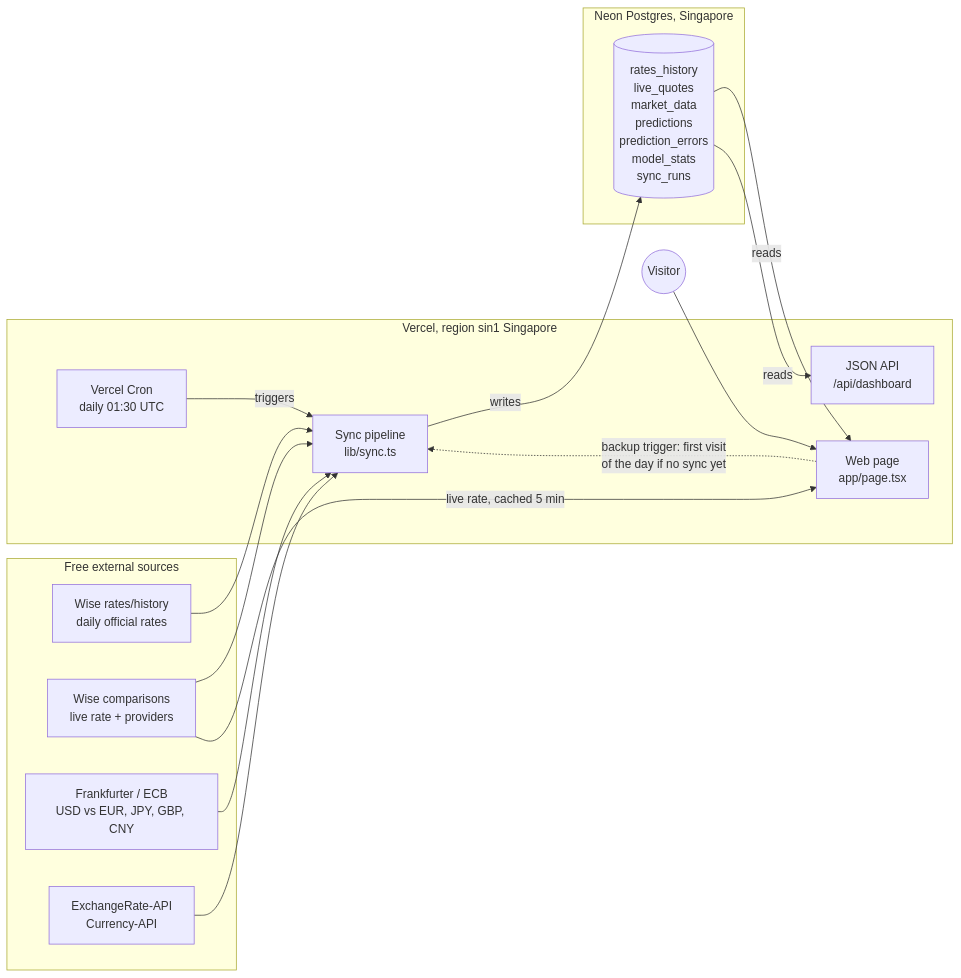
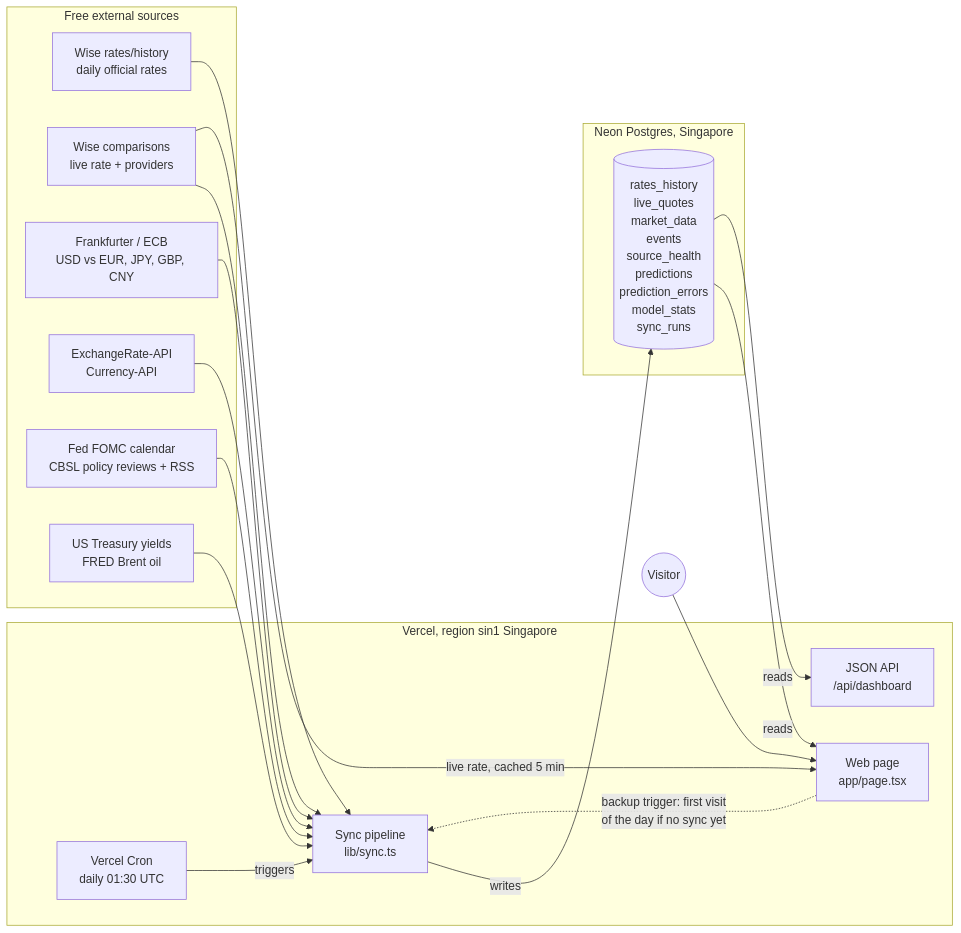
The first of 7 diagrams in README.md (osandadeshan/ratecast), drawn with Mermaid before and after one commit. The commit also changed other lines of this file and 29 other files, not shown here.

First line of the commit message:
Policy events, macro factors and decision outcomes (all automatic)

````diff
--- a/README.md
+++ b/README.md
@@ -53,32 +55,36 @@
 ```mermaid
 flowchart LR
     subgraph Sources["Free external sources"]
         W1["Wise rates/history<br/>daily official rates"]
         W2["Wise comparisons<br/>live rate + providers"]
         F["Frankfurter / ECB<br/>USD vs EUR, JPY, GBP, CNY"]
         X["ExchangeRate-API<br/>Currency-API"]
+        EV["Fed FOMC calendar<br/>CBSL policy reviews + RSS"]
+        MF["US Treasury yields<br/>FRED Brent oil"]
     end
 
     subgraph Vercel["Vercel, region sin1 Singapore"]
         C["Vercel Cron<br/>daily 01:30 UTC"]
         S["Sync pipeline<br/>lib/sync.ts"]
         P["Web page<br/>app/page.tsx"]
         A["JSON API<br/>/api/dashboard"]
     end
 
     subgraph Neon["Neon Postgres, Singapore"]
-        DB[("rates_history<br/>live_quotes<br/>market_data<br/>predictions<br/>prediction_errors<br/>model_stats<br/>sync_runs")]
+        DB[("rates_history<br/>live_quotes<br/>market_data<br/>events<br/>source_health<br/>predictions<br/>prediction_errors<br/>model_stats<br/>sync_runs")]
     end
 
     C -->|triggers| S
     P -.->|"backup trigger: first visit<br/>of the day if no sync yet"| S
     W1 --> S
     W2 --> S
     F --> S
     X --> S
+    EV --> S
+    MF --> S
     S -->|writes| DB
     DB -->|reads| P
     DB -->|reads| A
     W2 -->|"live rate, cached 5 min"| P
     U(("Visitor")) --> P
 ```
````
